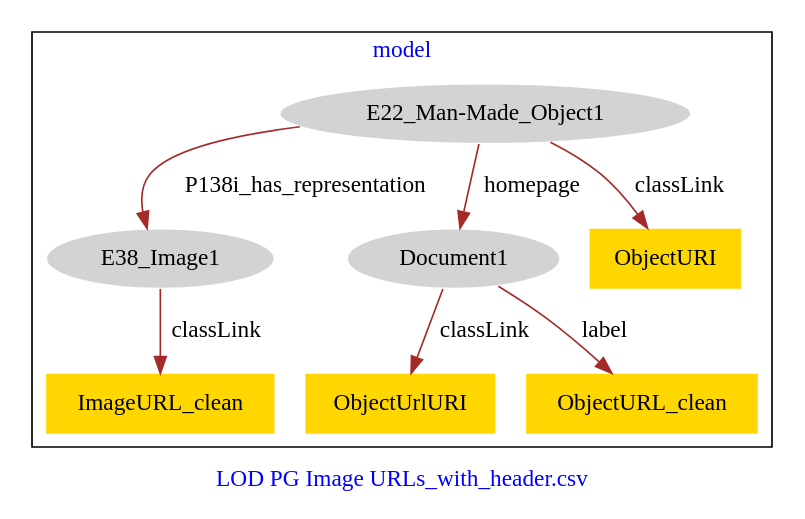
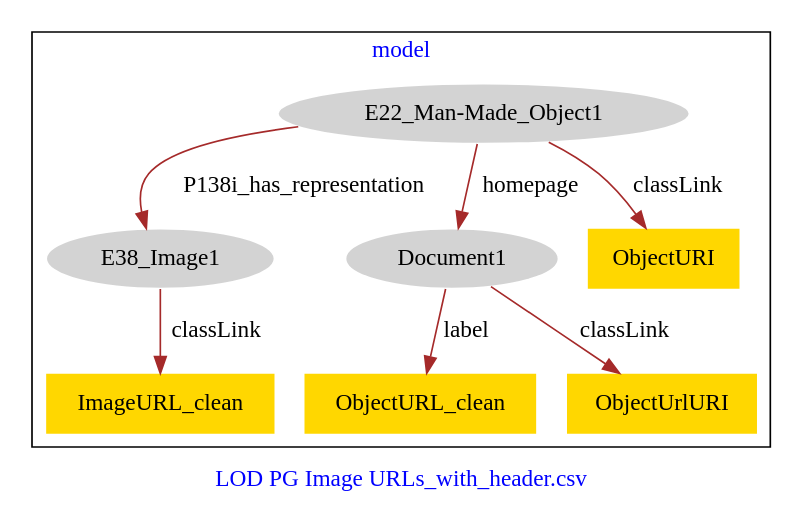
One commit to american-art/cbm changed the diagram in PG_URLs/PG_URLs-model.dot. Above: the diagram before and after it, drawn with Graphviz.

Commit message:
Update file PG_URLs-model.dot

```diff
--- a/PG_URLs/PG_URLs-model.dot
+++ b/PG_URLs/PG_URLs-model.dot
@@ -1,21 +1,21 @@
 digraph n0 {
 fontcolor="blue"
 remincross="true"
 label="LOD PG Image URLs_with_header.csv"
 subgraph cluster {
 label="model"
 n2[style="filled",color="white",fillcolor="lightgray",label="E22_Man-Made_Object1"];
 n3[style="filled",color="white",fillcolor="lightgray",label="E38_Image1"];
 n4[style="filled",color="white",fillcolor="lightgray",label="Document1"];
 n5[shape="plaintext",style="filled",fillcolor="gold",label="ObjectURI"];
-n6[shape="plaintext",style="filled",fillcolor="gold",label="ImageURL_clean"];
-n7[shape="plaintext",style="filled",fillcolor="gold",label="ObjectUrlURI"];
-n8[shape="plaintext",style="filled",fillcolor="gold",label="ObjectURL_clean"];
+n6[shape="plaintext",style="filled",fillcolor="gold",label="ObjectURL_clean"];
+n7[shape="plaintext",style="filled",fillcolor="gold",label="ImageURL_clean"];
+n8[shape="plaintext",style="filled",fillcolor="gold",label="ObjectUrlURI"];
 }
 n2 -> n3[color="brown",fontcolor="black",label="P138i_has_representation"]
 n2 -> n4[color="brown",fontcolor="black",label="homepage"]
 n2 -> n5[color="brown",fontcolor="black",label="classLink"]
-n3 -> n6[color="brown",fontcolor="black",label="classLink"]
-n4 -> n7[color="brown",fontcolor="black",label="classLink"]
-n4 -> n8[color="brown",fontcolor="black",label="label"]
+n4 -> n6[color="brown",fontcolor="black",label="label"]
+n3 -> n7[color="brown",fontcolor="black",label="classLink"]
+n4 -> n8[color="brown",fontcolor="black",label="classLink"]
 }
```
